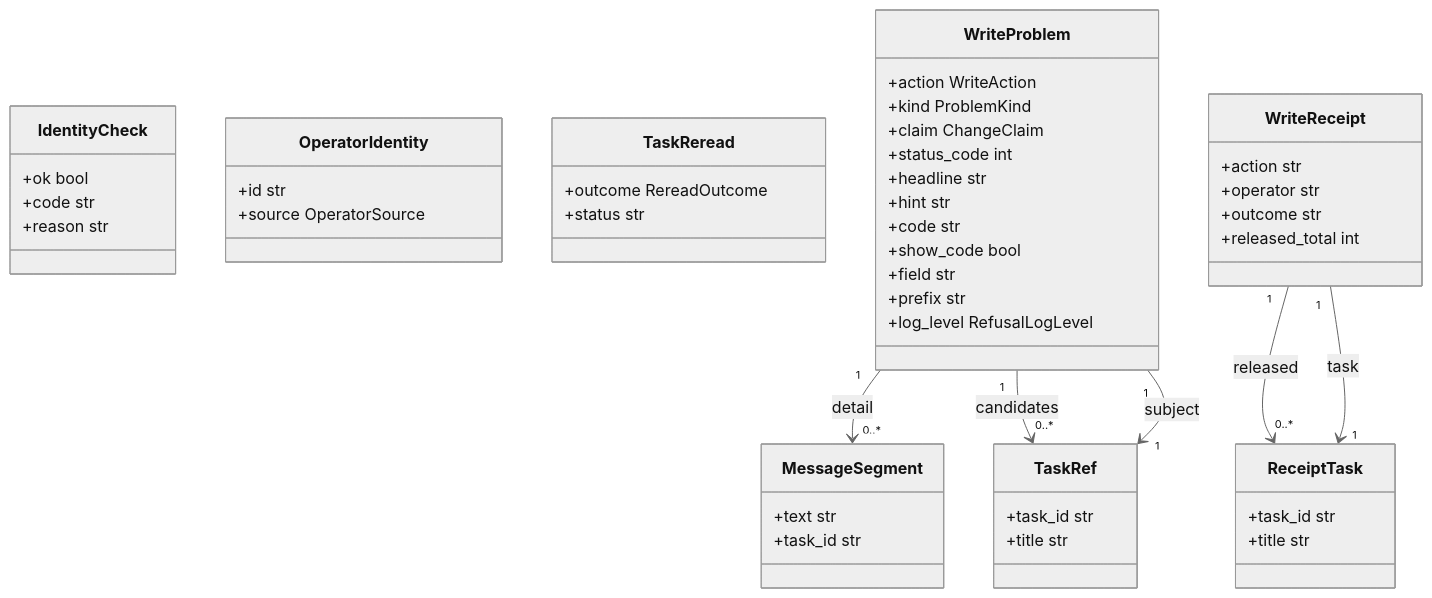
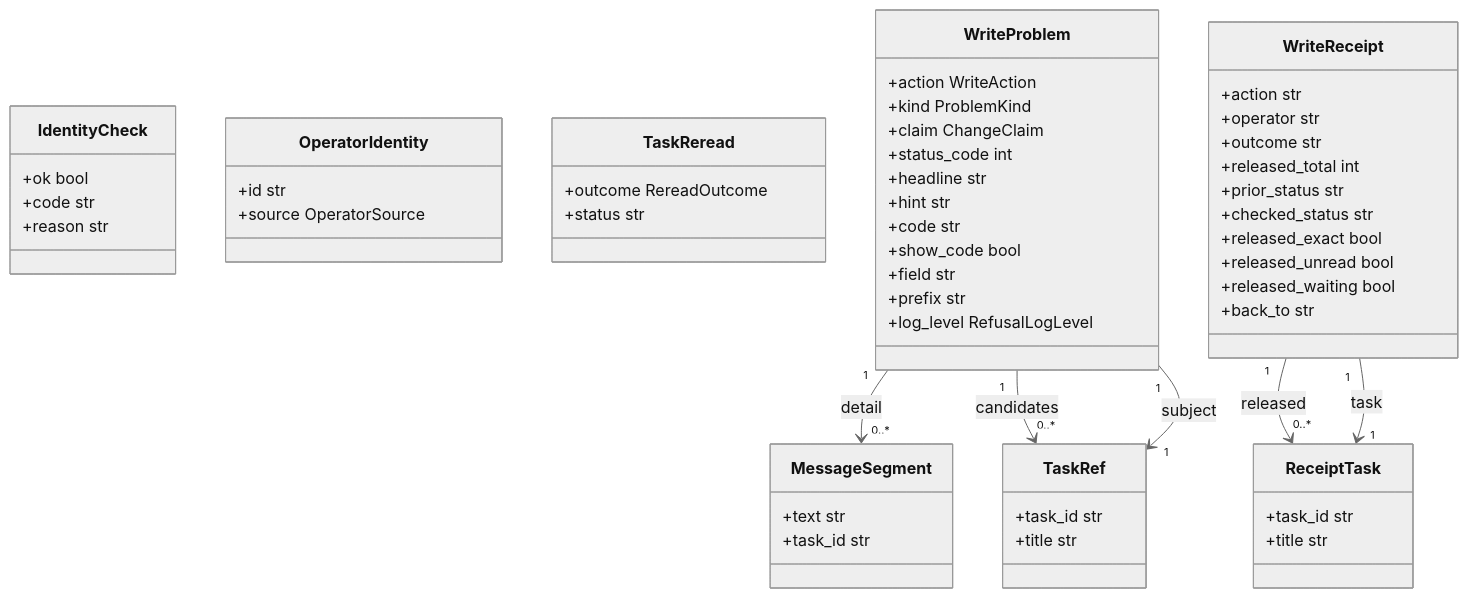
The eighth of 8 diagrams in docs/generated/domain_model.md (agent-lore/lithos-lens), drawn with Mermaid (neutral theme) before and after one commit. The commit also changed 14 other files, not shown here.

````diff
--- a/docs/generated/domain_model.md
+++ b/docs/generated/domain_model.md
@@ -736,52 +736,58 @@
 ```mermaid
 classDiagram
   class IdentityCheck {
     +ok bool
     +code str
     +reason str
   }
   class MessageSegment {
     +text str
     +task_id str
   }
   class OperatorIdentity {
     +id str
     +source OperatorSource
   }
   class ReceiptTask {
     +task_id str
     +title str
   }
   class TaskRef {
     +task_id str
     +title str
   }
   class TaskReread {
     +outcome RereadOutcome
     +status str
   }
   class WriteProblem {
     +action WriteAction
     +kind ProblemKind
     +claim ChangeClaim
     +status_code int
     +headline str
     +hint str
     +code str
     +show_code bool
     +field str
     +prefix str
     +log_level RefusalLogLevel
   }
   class WriteReceipt {
     +action str
     +operator str
     +outcome str
     +released_total int
+    +prior_status str
+    +checked_status str
+    +released_exact bool
+    +released_unread bool
+    +released_waiting bool
+    +back_to str
   }
   WriteProblem "1" --> "0..*" MessageSegment : detail
   WriteProblem "1" --> "0..*" TaskRef : candidates
   WriteProblem "1" --> "1" TaskRef : subject
   WriteReceipt "1" --> "0..*" ReceiptTask : released
   WriteReceipt "1" --> "1" ReceiptTask : task
 ```
````
